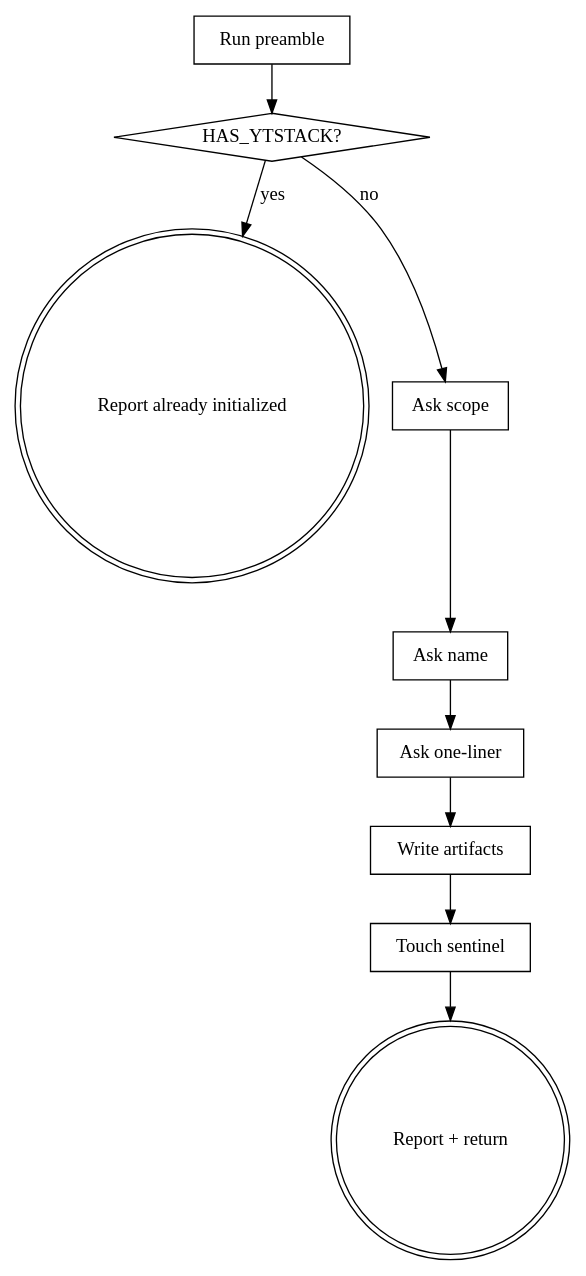
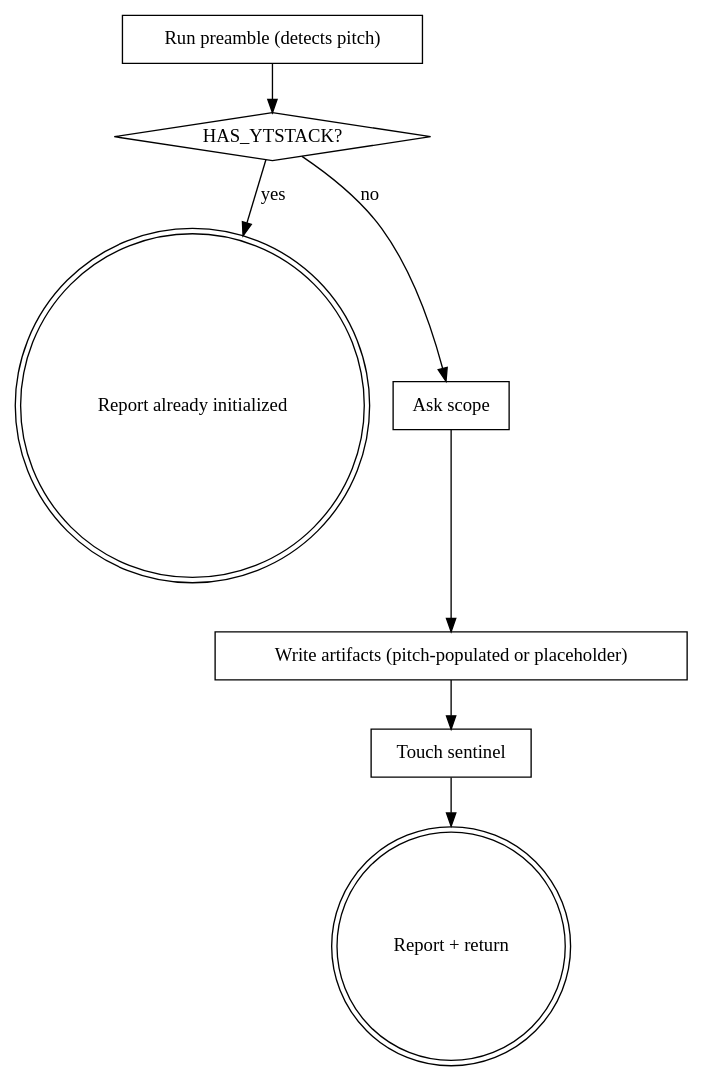
Before and after one commit to Yesterday-AI/ytstack: the diagram in skills/init-project/SKILL.md, drawn with Graphviz. The commit also changed other lines of this file and 7 other files, not shown here.

First line of the commit message:
feat: M010 -- greenfield flow reorder (complete)

````diff
--- a/skills/init-project/SKILL.md
+++ b/skills/init-project/SKILL.md
@@ -46,22 +46,18 @@
 ```dot
 digraph init_project {
-    "Run preamble" [shape=box];
+    "Run preamble (detects pitch)" [shape=box];
     "HAS_YTSTACK?" [shape=diamond];
     "Report already initialized" [shape=doublecircle];
     "Ask scope" [shape=box];
-    "Ask name" [shape=box];
-    "Ask one-liner" [shape=box];
-    "Write artifacts" [shape=box];
+    "Write artifacts (pitch-populated or placeholder)" [shape=box];
     "Touch sentinel" [shape=box];
     "Report + return" [shape=doublecircle];
 
-    "Run preamble" -> "HAS_YTSTACK?";
+    "Run preamble (detects pitch)" -> "HAS_YTSTACK?";
     "HAS_YTSTACK?" -> "Report already initialized" [label="yes"];
     "HAS_YTSTACK?" -> "Ask scope" [label="no"];
-    "Ask scope" -> "Ask name";
-    "Ask name" -> "Ask one-liner";
-    "Ask one-liner" -> "Write artifacts";
-    "Write artifacts" -> "Touch sentinel";
+    "Ask scope" -> "Write artifacts (pitch-populated or placeholder)";
+    "Write artifacts (pitch-populated or placeholder)" -> "Touch sentinel";
     "Touch sentinel" -> "Report + return";
 }
 ```
````
